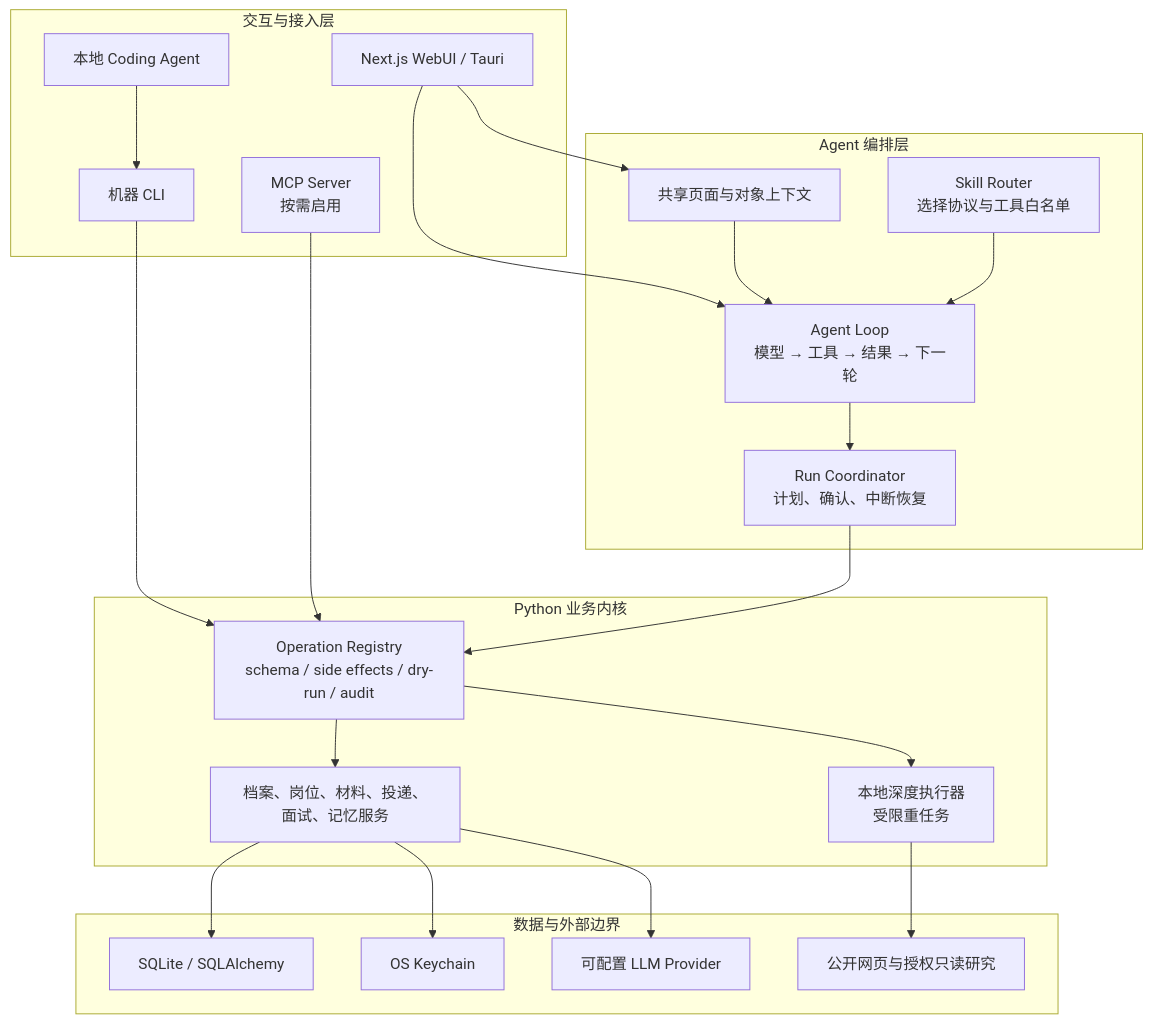
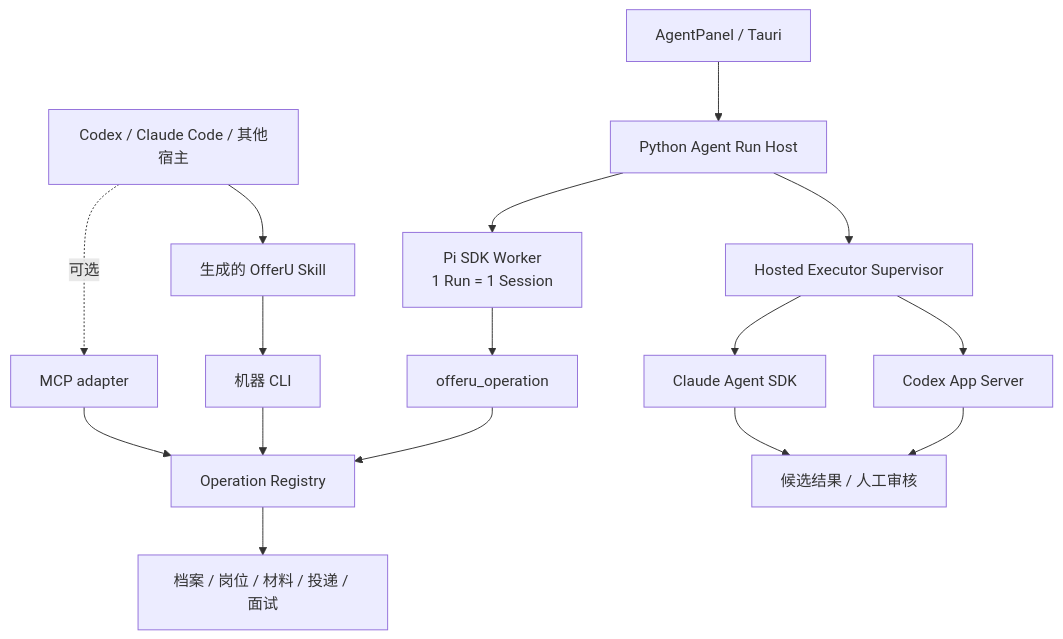
The diagram in README.md (avabbbb/OfferU), drawn with Mermaid before and after one commit. The commit also changed other lines of this file and 147 other files, not shown here.

First line of the commit message:
完成 OfferU Agent 平台能力扩展与真实场景测试修复

````diff
--- a/README.md
+++ b/README.md
@@ -130,45 +98,21 @@
 ```mermaid
 flowchart TB
-    subgraph Surfaces["交互与接入层"]
-        UI["Next.js WebUI / Tauri"]
-        CLI["机器 CLI"]
-        MCP["MCP Server<br/>按需启用"]
-        EXT["本地 Coding Agent"]
-    end
+    UI["AgentPanel / Tauri"] --> HOST["Python Agent Run Host"]
+    HOST --> PI["Pi SDK Worker<br/>1 Run = 1 Session"]
+    PI --> BRIDGE["offeru_operation"]
 
-    subgraph Agent["Agent 编排层"]
-        CTX["共享页面与对象上下文"]
-        ROUTER["Skill Router<br/>选择协议与工具白名单"]
-        LOOP["Agent Loop<br/>模型 → 工具 → 结果 → 下一轮"]
-        RUN["Run Coordinator<br/>计划、确认、中断恢复"]
-    end
+    EXT["Codex / Claude Code / 其他宿主"] --> SKILL["生成的 OfferU Skill"]
+    SKILL --> CLI["机器 CLI"]
+    EXT -. "可选" .-> MCP["MCP adapter"]
 
-    subgraph Core["Python 业务内核"]
-        OPS["Operation Registry<br/>schema / side effects / dry-run / audit"]
-        DOMAIN["档案、岗位、材料、投递、面试、记忆服务"]
-        EXEC["本地深度执行器<br/>受限重任务"]
-    end
+    HOST --> EXECUTOR["Hosted Executor Supervisor"]
+    EXECUTOR --> CODEX["Codex App Server"]
+    EXECUTOR --> CLAUDE["Claude Agent SDK"]
 
-    subgraph Data["数据与外部边界"]
-        DB["SQLite / SQLAlchemy"]
-        KEY["OS Keychain"]
-        LLM["可配置 LLM Provider"]
-        WEB["公开网页与授权只读研究"]
-    end
-
-    UI --> CTX
-    UI --> LOOP
+    BRIDGE --> OPS["Operation Registry"]
     CLI --> OPS
     MCP --> OPS
-    EXT --> CLI
-    CTX --> LOOP
-    ROUTER --> LOOP
-    LOOP --> RUN
-    RUN --> OPS
-    OPS --> DOMAIN
-    OPS --> EXEC
-    DOMAIN --> DB
-    DOMAIN --> KEY
-    DOMAIN --> LLM
-    EXEC --> WEB
+    CODEX --> REVIEW["候选结果 / 人工审核"]
+    CLAUDE --> REVIEW
+    OPS --> DOMAIN["档案 / 岗位 / 材料 / 投递 / 面试"]
 ```
````
